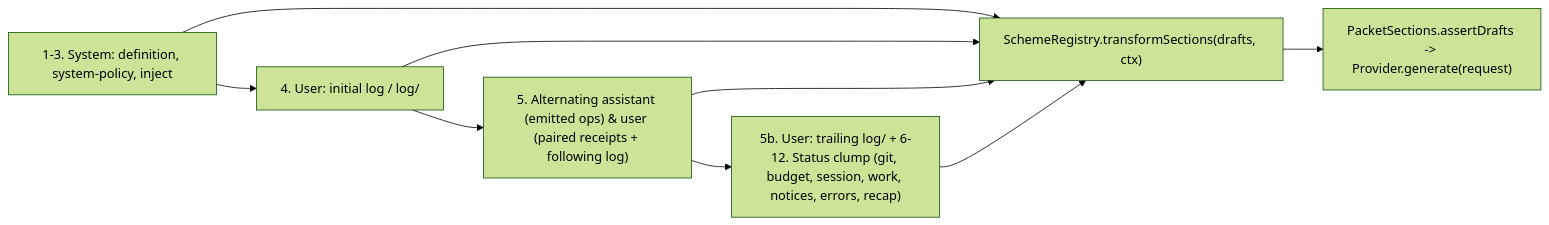
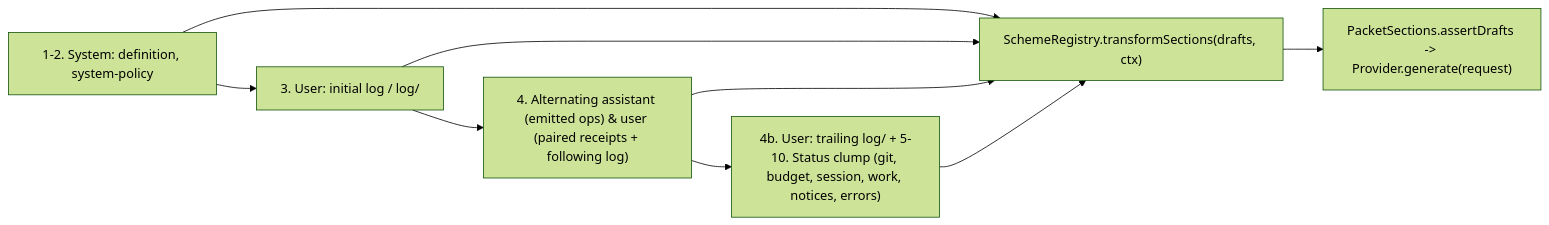
Before and after one commit to plurnk/plurnk-service: the eighth of 11 diagrams in plurnk-core/SPEC.md, drawn with Mermaid (forest theme). The commit also changed other lines of this file and 69 other files, not shown here.

````diff
--- a/plurnk-core/SPEC.md
+++ b/plurnk-core/SPEC.md
@@ -1047,8 +1047,8 @@
 ```mermaid
 flowchart LR
-  S["1-3. System: definition, system-policy, inject"] --> L0["4. User: initial log / log/<coord>"]
-  L0 --> EH["5. Alternating assistant (emitted ops) & user (paired receipts + following log)"]
-  EH --> LT["5b. User: trailing log/<coord> + 6-12. Status clump (git, budget, session, work, notices, errors, recap)"]
+  S["1-2. System: definition, system-policy"] --> L0["3. User: initial log / log/<coord>"]
+  L0 --> EH["4. Alternating assistant (emitted ops) & user (paired receipts + following log)"]
+  EH --> LT["4b. User: trailing log/<coord> + 5-10. Status clump (git, budget, session, work, notices, errors)"]
   S & L0 & EH & LT --> TR["SchemeRegistry.transformSections(drafts, ctx)"]
   TR --> AD["PacketSections.assertDrafts -> Provider.generate(request)"]
 ```
````
